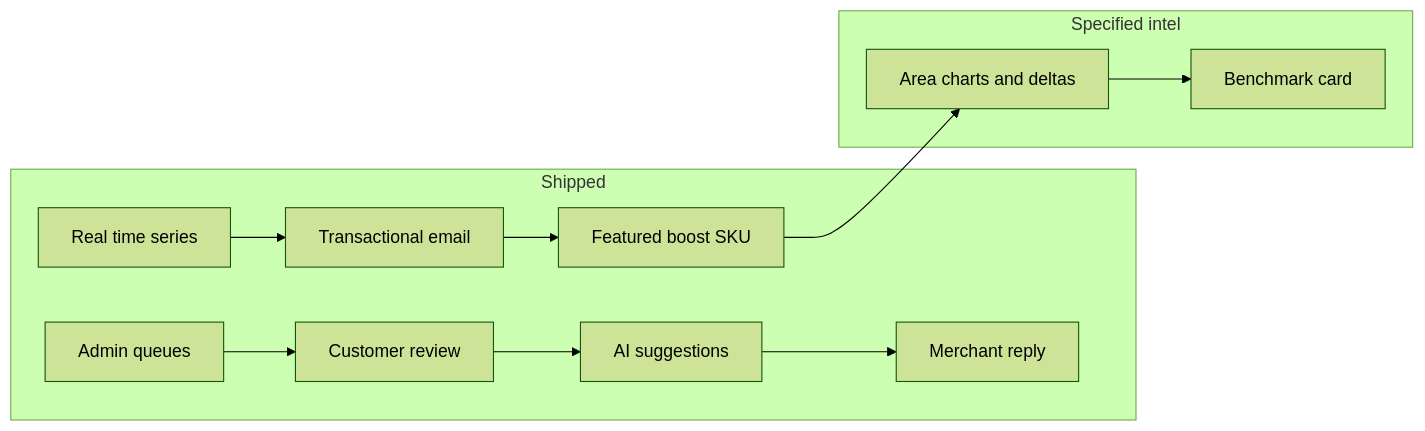
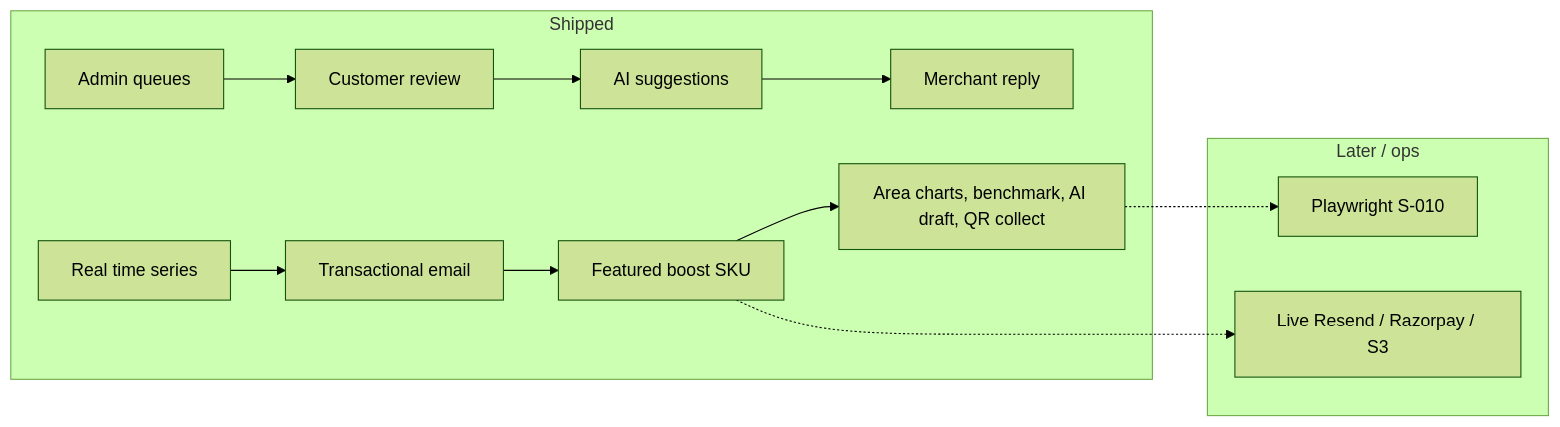
Before and after one commit to krishnaviswa/MEngPlat: diagram 21 of 21 in README.md, drawn with Mermaid (forest theme). The commit also changed other lines of this file and 29 other files, not shown here.

````diff
--- a/README.md
+++ b/README.md
@@ -2443,21 +2582,22 @@
 ```mermaid
 flowchart LR
   subgraph shipped [Shipped]
     Cust[Customer review]
     AI[AI suggestions]
     Merch[Merchant reply]
     Adm[Admin queues]
     Charts[Real time series]
     Email[Transactional email]
     Fees[Featured boost SKU]
+    Intel[Area charts, benchmark, AI draft, QR collect]
   end
-  subgraph next [Specified intel]
-    MoreCharts[Area charts and deltas]
-    Bench[Benchmark card]
+  subgraph later [Later / ops]
+    E2E[Playwright S-010]
+    Keys[Live Resend / Razorpay / S3]
   end
   Cust --> AI --> Merch
   Adm --> Cust
-  Charts --> Email --> Fees
-  Fees --> MoreCharts
-  MoreCharts --> Bench
+  Charts --> Email --> Fees --> Intel
+  Intel -.-> E2E
+  Fees -.-> Keys
 ```
````
